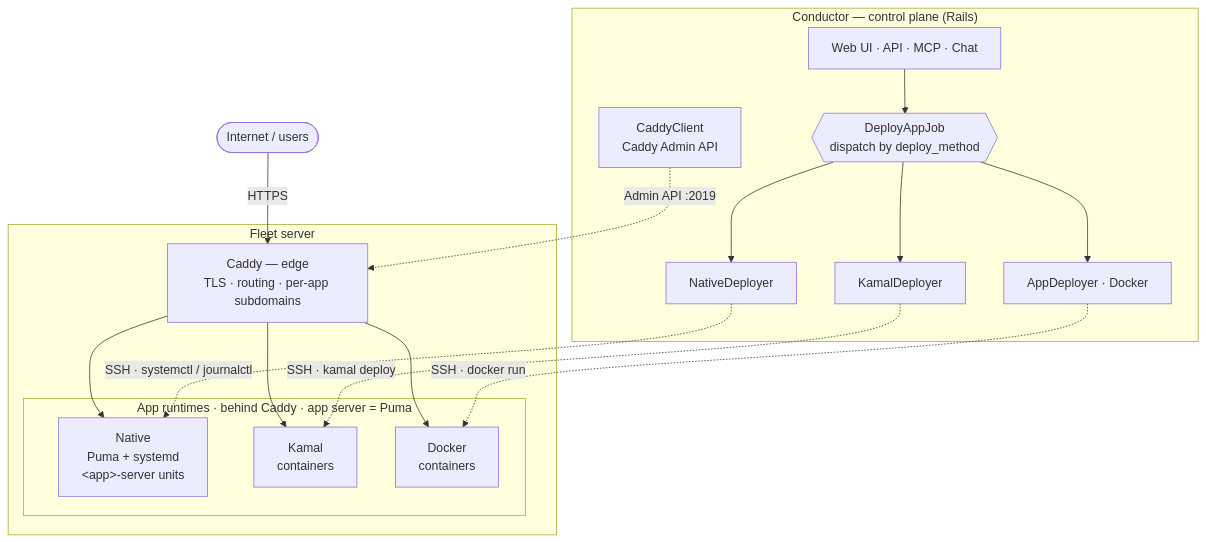
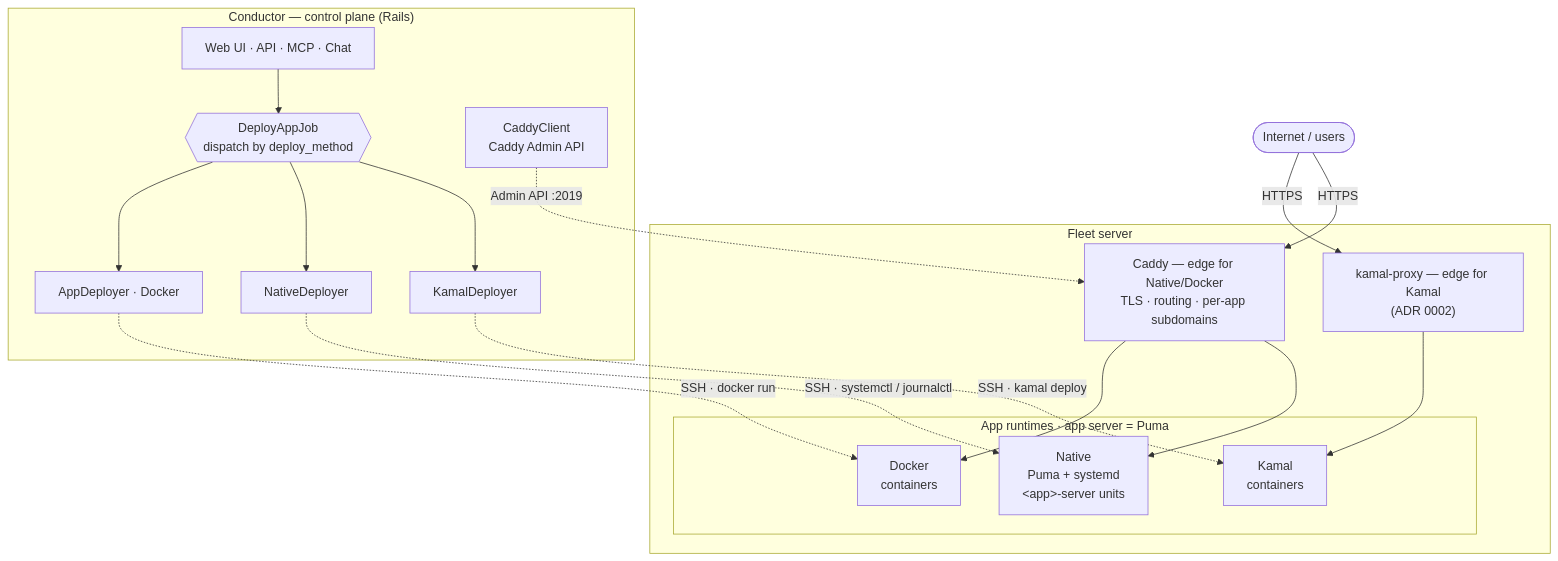
The first of 3 diagrams in docs/ARCHITECTURE.md (nauman/rails-conductor), drawn with Mermaid before and after one commit. The commit also changed other lines of this file and 4 other files, not shown here.

First line of the commit message:
docs: fix architecture diagrams + delivery-sequence harness contract (audit P2)

````diff
--- a/docs/ARCHITECTURE.md
+++ b/docs/ARCHITECTURE.md
@@ -21,31 +21,34 @@
 ```mermaid
 flowchart TB
     Internet(["Internet / users"])
 
     subgraph CP["Conductor — control plane (Rails)"]
         UI["Web UI · API · MCP · Chat"]
         JOB{{"DeployAppJob<br/>dispatch by deploy_method"}}
         KD["KamalDeployer"]
         ND["NativeDeployer"]
         AD["AppDeployer · Docker"]
         CADDYC["CaddyClient<br/>Caddy Admin API"]
         UI --> JOB
         JOB --> KD & ND & AD
     end
 
     subgraph SRV["Fleet server"]
-        CADDY["Caddy — edge<br/>TLS · routing · per-app subdomains"]
-        subgraph APPS["App runtimes · behind Caddy · app server = Puma"]
+        CADDY["Caddy — edge for Native/Docker<br/>TLS · routing · per-app subdomains"]
+        KP["kamal-proxy — edge for Kamal<br/>(ADR 0002)"]
+        subgraph APPS["App runtimes · app server = Puma"]
             NAT["Native<br/>Puma + systemd<br/>&lt;app&gt;-server units"]
             KAM["Kamal<br/>containers"]
             DOC["Docker<br/>containers"]
         end
-        CADDY --> NAT & KAM & DOC
+        CADDY --> NAT & DOC
+        KP --> KAM
     end
 
     Internet -->|HTTPS| CADDY
+    Internet -->|HTTPS| KP
     KD -. "SSH · kamal deploy" .-> KAM
     ND -. "SSH · systemctl / journalctl" .-> NAT
     AD -. "SSH · docker run" .-> DOC
     CADDYC -. "Admin API :2019" .-> CADDY
 ```
````
